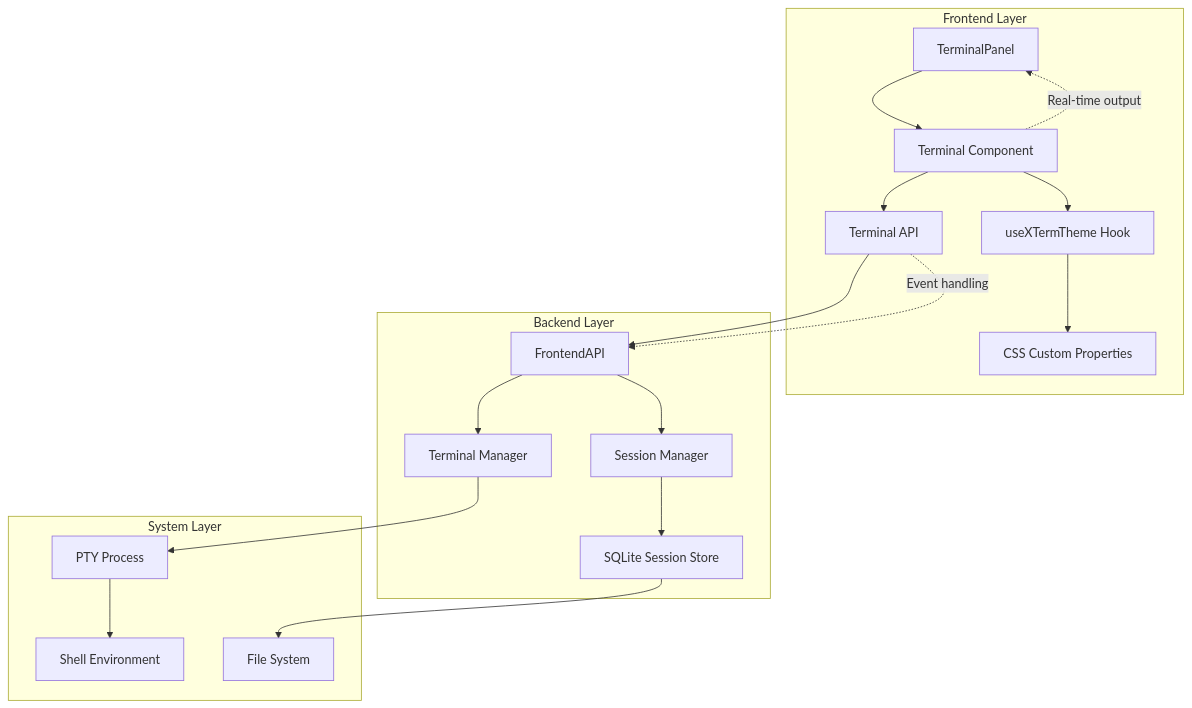
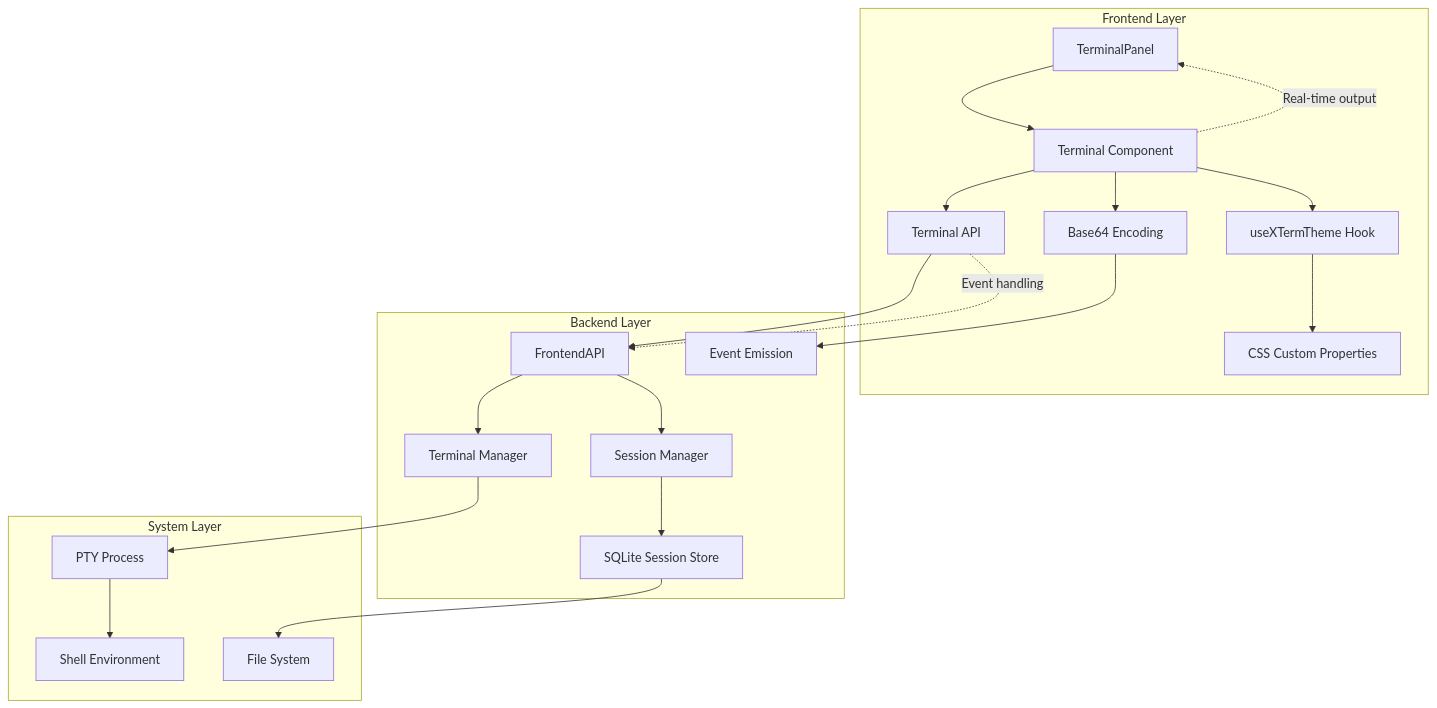
The first of 13 diagrams in .qoder/repowiki/en/content/Frontend Application/Terminal Emulation System.md (v0lka/c0wrk), drawn with Mermaid before and after one commit. The commit also changed other lines of this file and 5 other files, not shown here.

````diff
--- a/.qoder/repowiki/en/content/Frontend Application/Terminal Emulation System.md
+++ b/.qoder/repowiki/en/content/Frontend Application/Terminal Emulation System.md
@@ -54,34 +58,38 @@
 ```mermaid
 graph TB
 subgraph "Frontend Layer"
 TP[TerminalPanel]
 T[Terminal Component]
 API[Terminal API]
 THEME[useXTermTheme Hook]
 CSS[CSS Custom Properties]
+BASE64[Base64 Encoding]
 end
 subgraph "Backend Layer"
 FA[FrontendAPI]
 TM[Terminal Manager]
 SM[Session Manager]
 SS[SQLite Session Store]
+EMIT[Event Emission]
 end
 subgraph "System Layer"
 PTY[PTY Process]
 SHELL[Shell Environment]
 FS[File System]
 end
 TP --> T
 T --> API
 T --> THEME
 THEME --> CSS
 API --> FA
 FA --> TM
 FA --> SM
 TM --> PTY
 PTY --> SHELL
 SM --> SS
 SS --> FS
+T --> BASE64
+BASE64 --> EMIT
 T -.->|"Real-time output"| TP
 API -.->|"Event handling"| FA
 ```
````
